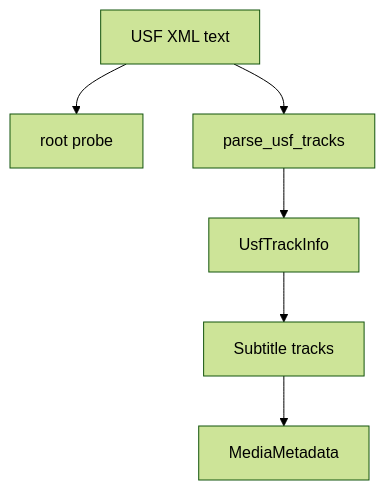
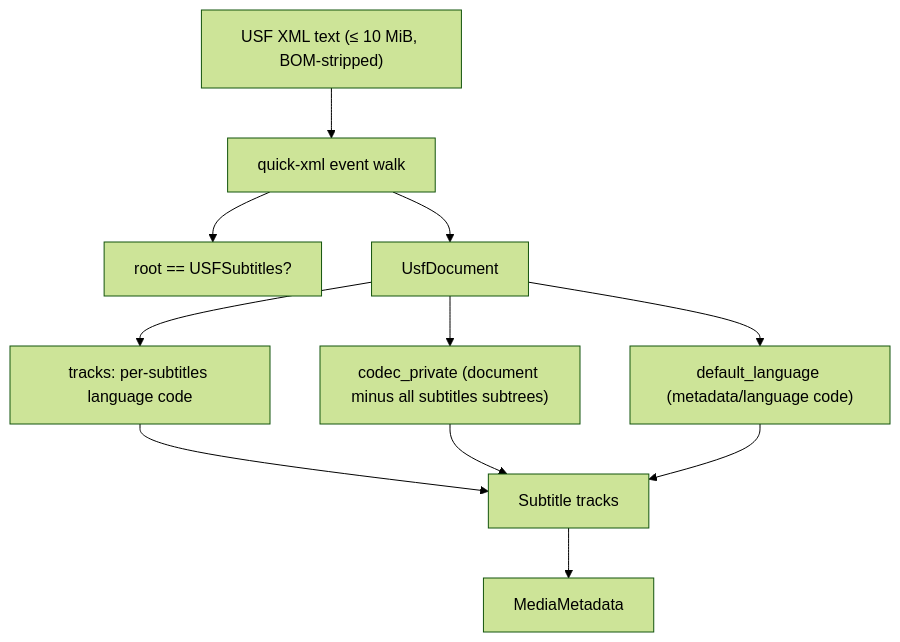
The diagram in docs/parsers/subtitles/usf.md (caoccao/BatchMkvMerge), drawn with Mermaid (forest theme) before and after one commit. The commit also changed other lines of this file and 24 other files, not shown here.

````diff
--- a/docs/parsers/subtitles/usf.md
+++ b/docs/parsers/subtitles/usf.md
@@ -19,8 +28,13 @@
 ```mermaid
 flowchart TD
-  A["USF XML text"] --> B["root probe"]
-  A --> C["parse_usf_tracks"]
-  C --> D["UsfTrackInfo"]
-  D --> E["Subtitle tracks"]
-  E --> F["MediaMetadata"]
+  A["USF XML text (≤ 10 MiB, BOM-stripped)"] --> B["quick-xml event walk"]
+  B --> C["root == USFSubtitles?"]
+  B --> D["UsfDocument"]
+  D --> E["default_language (metadata/language code)"]
+  D --> F["tracks: per-subtitles language code"]
+  D --> G["codec_private (document minus all subtitles subtrees)"]
+  F --> H["Subtitle tracks"]
+  G --> H
+  E --> H
+  H --> I["MediaMetadata"]
 ```
````
